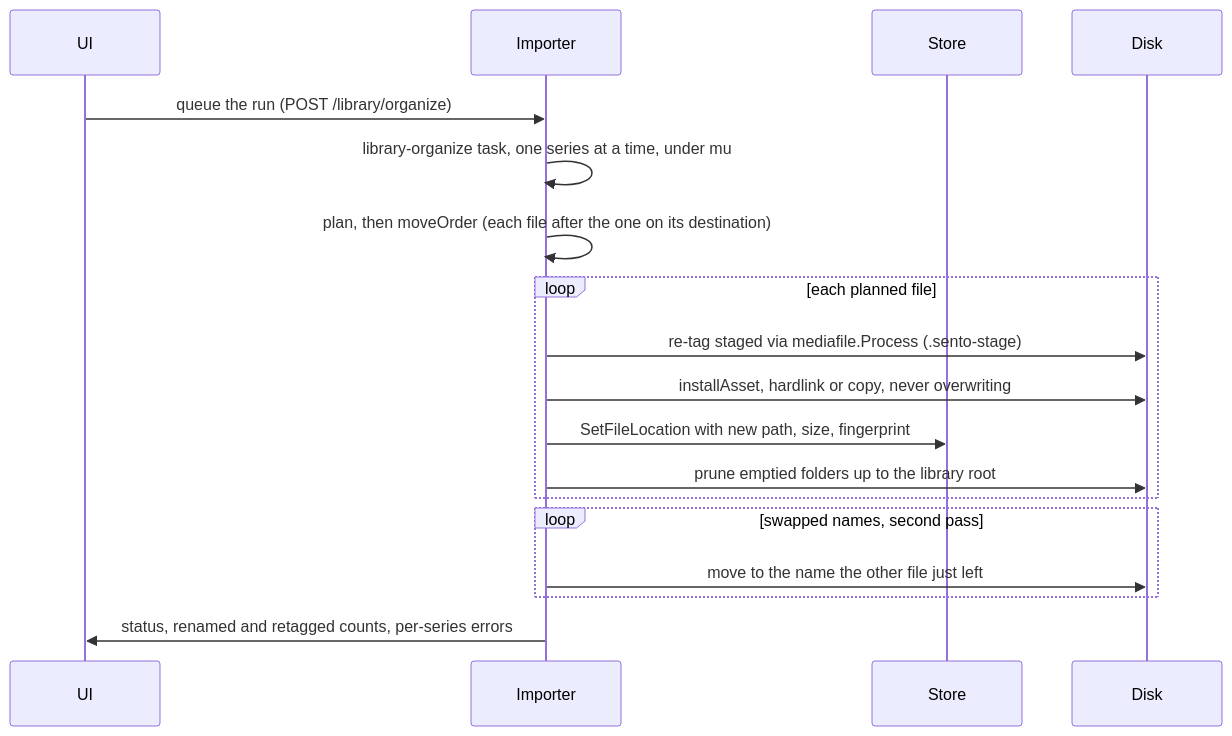
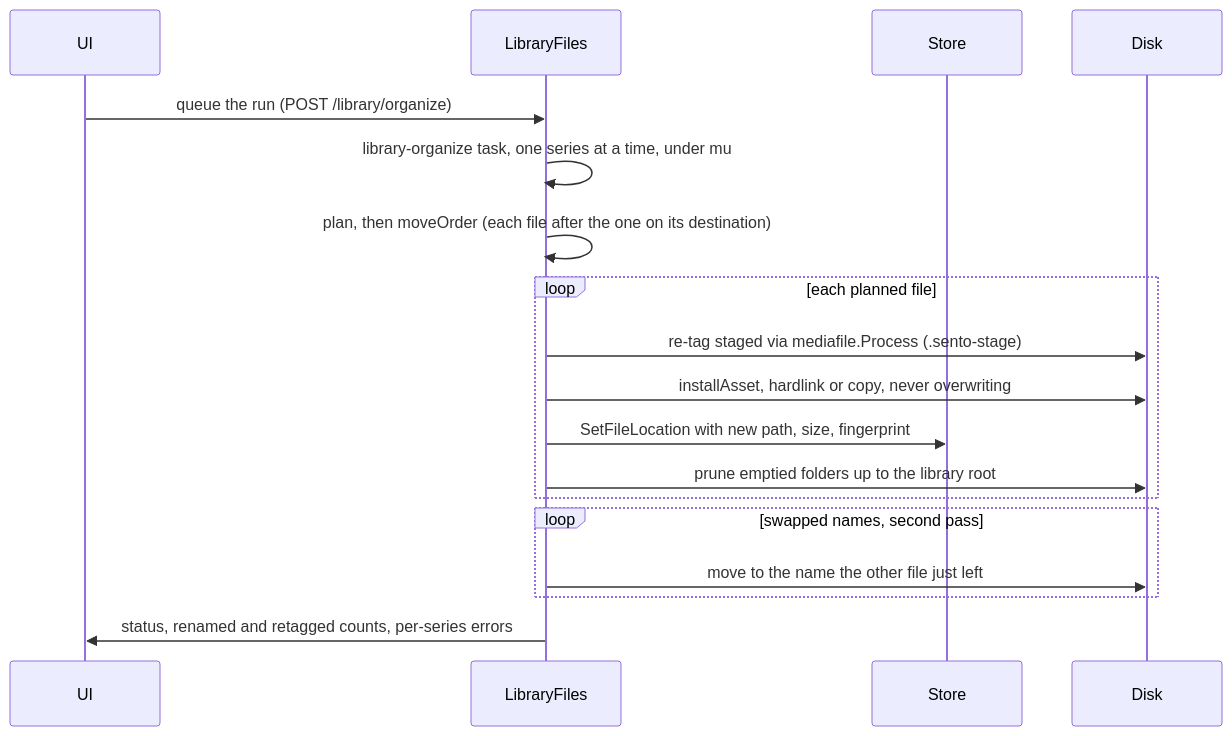
One commit to h-wb/sento changed the second of 2 diagrams in docs/domain/naming.md. Above: the diagram before and after it, drawn with Mermaid. The commit also changed 120 other files, not shown here.

Commit message:
refactor: store layering, the Importer split, shared styles and a tidier sidecar (#104)

````diff
--- a/docs/domain/naming.md
+++ b/docs/domain/naming.md
@@ -299,20 +299,20 @@
 ```mermaid
 sequenceDiagram
     participant UI
-    participant Importer
+    participant LibraryFiles
     participant Store
     participant Disk
-    UI->>Importer: queue the run (POST /library/organize)
-    Importer->>Importer: library-organize task, one series at a time, under mu
-    Importer->>Importer: plan, then moveOrder (each file after the one on its destination)
+    UI->>LibraryFiles: queue the run (POST /library/organize)
+    LibraryFiles->>LibraryFiles: library-organize task, one series at a time, under mu
+    LibraryFiles->>LibraryFiles: plan, then moveOrder (each file after the one on its destination)
     loop each planned file
-        Importer->>Disk: re-tag staged via mediafile.Process (.sento-stage)
-        Importer->>Disk: installAsset, hardlink or copy, never overwriting
-        Importer->>Store: SetFileLocation with new path, size, fingerprint
-        Importer->>Disk: prune emptied folders up to the library root
+        LibraryFiles->>Disk: re-tag staged via mediafile.Process (.sento-stage)
+        LibraryFiles->>Disk: installAsset, hardlink or copy, never overwriting
+        LibraryFiles->>Store: SetFileLocation with new path, size, fingerprint
+        LibraryFiles->>Disk: prune emptied folders up to the library root
     end
     loop swapped names, second pass
-        Importer->>Disk: move to the name the other file just left
+        LibraryFiles->>Disk: move to the name the other file just left
     end
-    Importer->>UI: status, renamed and retagged counts, per-series errors
+    LibraryFiles->>UI: status, renamed and retagged counts, per-series errors
 ```
````
